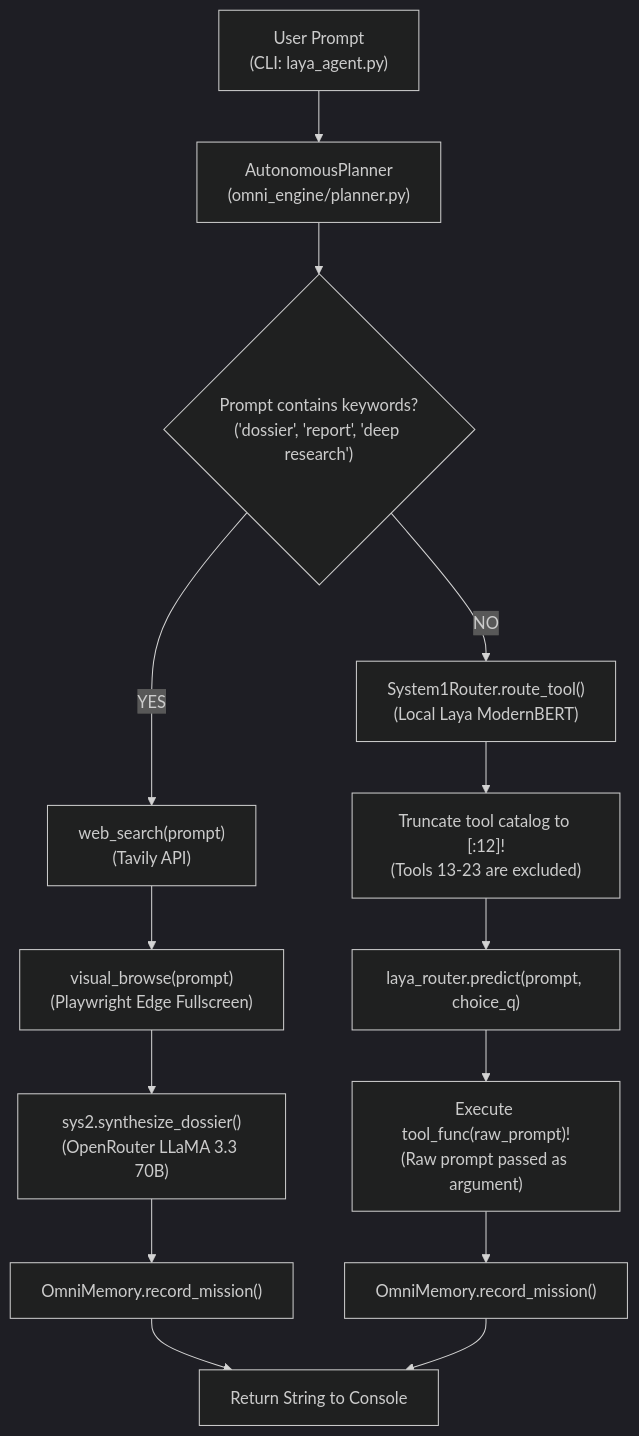
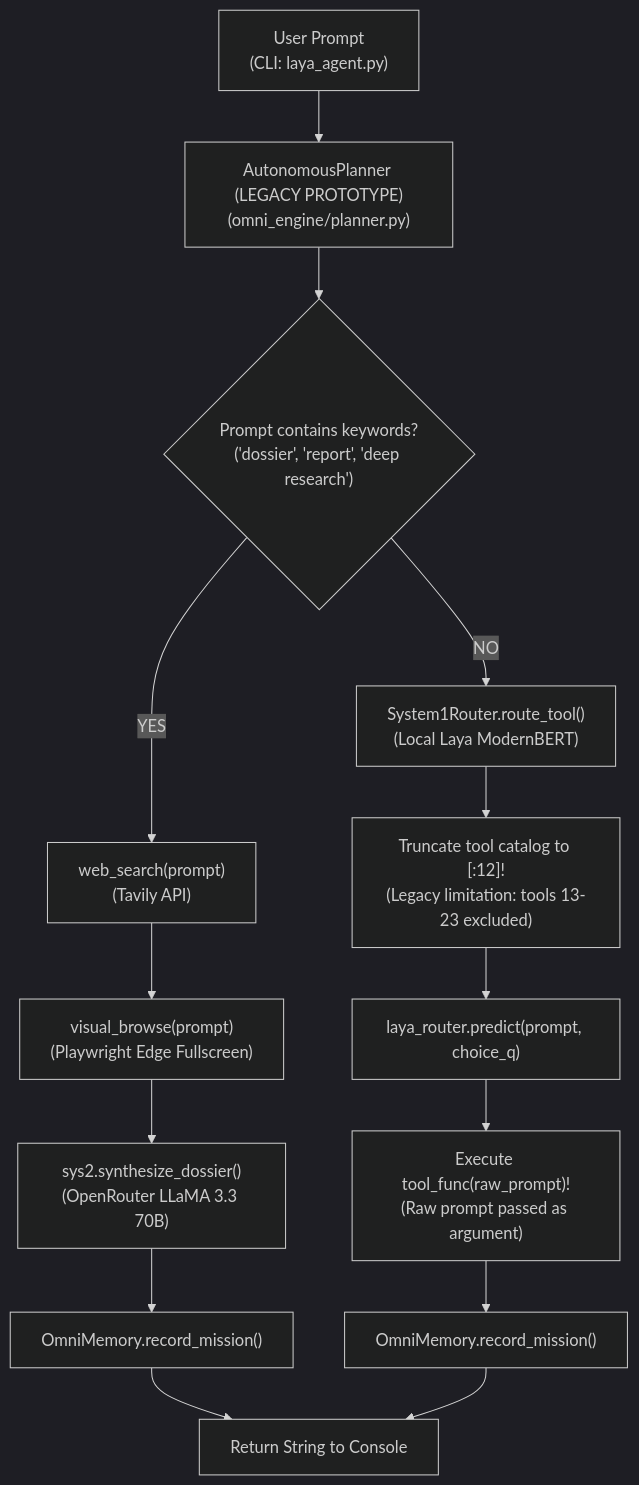
One commit to yashrastogi069-dev/laya-omni-agent changed the first of 2 diagrams in docs/ARCHITECTURE.md. Above: the diagram before and after it, drawn with Mermaid (dark theme). The commit also changed other lines of this file and 14 other files, not shown here.

Commit message:
fix(L1): Local reliability repairs for safe_math, memory schema & atomic persistence

````diff
--- a/docs/ARCHITECTURE.md
+++ b/docs/ARCHITECTURE.md
@@ -7,22 +7,22 @@
 ```mermaid
 flowchart TD
-    UserPrompt["User Prompt\n(CLI: laya_agent.py)"] --> Planner["AutonomousPlanner\n(omni_engine/planner.py)"]
+    UserPrompt["User Prompt\n(CLI: laya_agent.py)"] --> Planner["AutonomousPlanner (LEGACY PROTOTYPE)\n(omni_engine/planner.py)"]
     
     Planner --> KeywordCheck{"Prompt contains keywords?\n('dossier', 'report', 'deep research')"}
     
     %% Hard-coded research branch
     KeywordCheck -- YES --> WebSearch["web_search(prompt)\n(Tavily API)"]
     WebSearch --> VisualBrowse["visual_browse(prompt)\n(Playwright Edge Fullscreen)"]
     VisualBrowse --> CloudSynth["sys2.synthesize_dossier()\n(OpenRouter LLaMA 3.3 70B)"]
     CloudSynth --> MemSave1["OmniMemory.record_mission()"]
     
     %% Single tool dispatch branch
     KeywordCheck -- NO --> Sys1Route["System1Router.route_tool()\n(Local Laya ModernBERT)"]
-    Sys1Route --> Slice12["Truncate tool catalog to [:12]!\n(Tools 13-23 are excluded)"]
+    Sys1Route --> Slice12["Truncate tool catalog to [:12]!\n(Legacy limitation: tools 13-23 excluded)"]
     Slice12 --> LayaPredict["laya_router.predict(prompt, choice_q)"]
     LayaPredict --> SingleTool["Execute tool_func(raw_prompt)!\n(Raw prompt passed as argument)"]
     SingleTool --> MemSave2["OmniMemory.record_mission()"]
     
     MemSave1 --> ReturnOutput["Return String to Console"]
     MemSave2 --> ReturnOutput
 ```
````
